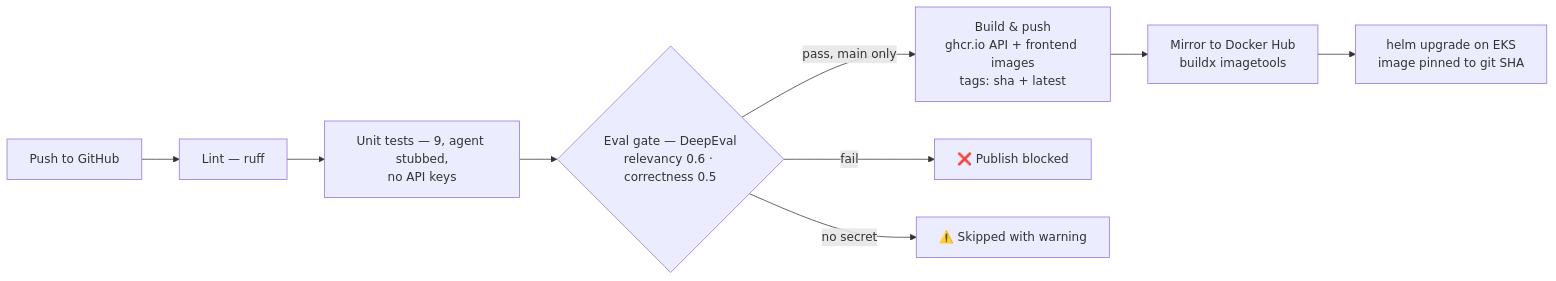
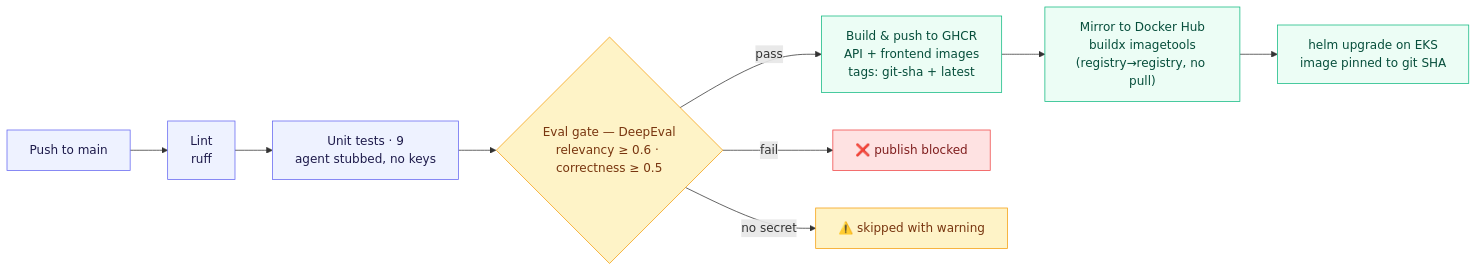
One commit to Amith-Ganta/llmops-deep-agent changed the third of 3 diagrams in README.md. Above: the diagram before and after it, drawn with Mermaid. The commit also changed other lines of this file, not shown here.

First line of the commit message:
docs: recruiter-grade README — competency map, production metrics, colored diagrams

````diff
--- a/README.md
+++ b/README.md
@@ -132,11 +142,20 @@
 ```mermaid
 flowchart LR
-    P[Push to GitHub] --> LINT[Lint — ruff]
-    LINT --> TEST[Unit tests — 9, agent stubbed,<br/>no API keys]
-    TEST --> EVAL{Eval gate — DeepEval<br/>relevancy 0.6 · correctness 0.5}
-    EVAL -->|pass, main only| BUILD[Build & push<br/>ghcr.io API + frontend images<br/>tags: sha + latest]
-    EVAL -->|fail| STOP[❌ Publish blocked]
-    EVAL -->|no secret| SKIP[⚠️ Skipped with warning]
-    BUILD --> MIRROR[Mirror to Docker Hub<br/>buildx imagetools]
-    MIRROR --> HELM[helm upgrade on EKS<br/>image pinned to git SHA]
+    P["Push to main"] --> LINT["Lint<br/>ruff"]
+    LINT --> TEST["Unit tests · 9<br/>agent stubbed, no keys"]
+    TEST --> EVAL{"Eval gate — DeepEval<br/>relevancy ≥ 0.6 · correctness ≥ 0.5"}
+    EVAL -- "pass" --> BUILD["Build & push to GHCR<br/>API + frontend images<br/>tags: git-sha + latest"]
+    EVAL -- "fail" --> STOP["❌ publish blocked"]
+    EVAL -- "no secret" --> SKIP["⚠️ skipped with warning"]
+    BUILD --> MIRROR["Mirror to Docker Hub<br/>buildx imagetools<br/>(registry→registry, no pull)"]
+    MIRROR --> HELM["helm upgrade on EKS<br/>image pinned to git SHA"]
+
+    classDef ci fill:#EEF2FF,stroke:#6366F1,stroke-width:1px,color:#1E1B4B;
+    classDef gate fill:#FEF3C7,stroke:#F59E0B,stroke-width:1px,color:#78350F;
+    classDef ship fill:#ECFDF5,stroke:#10B981,stroke-width:1px,color:#064E3B;
+    classDef bad fill:#FEE2E2,stroke:#EF4444,stroke-width:1px,color:#7F1D1D;
+    class P,LINT,TEST ci;
+    class EVAL,SKIP gate;
+    class BUILD,MIRROR,HELM ship;
+    class STOP bad;
 ```
````
